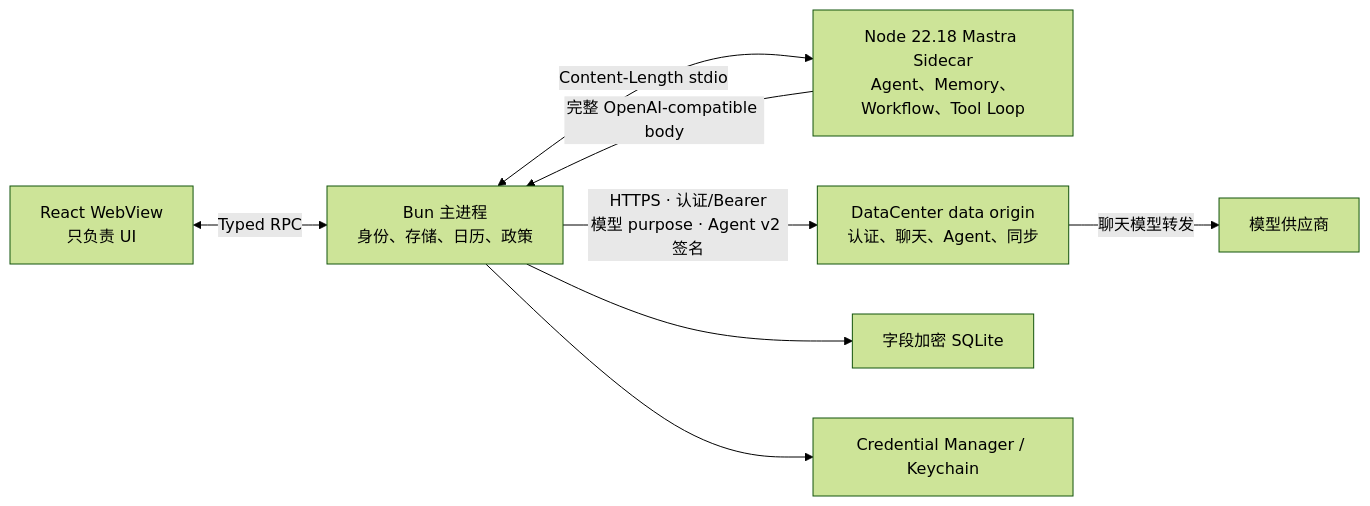
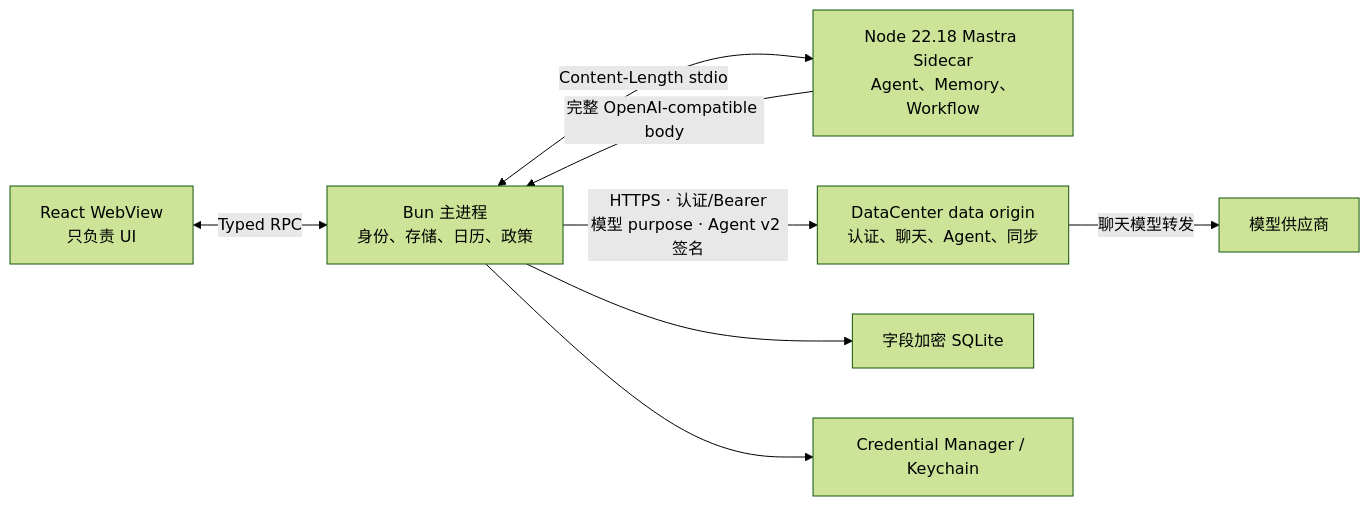
The first of 2 diagrams in docs/CONVERSATION_AGENT_INTEGRATION.md (Sea-Go/Sea-WhaleHall), drawn with Mermaid (forest theme) before and after one commit. The commit also changed other lines of this file and 13 other files, not shown here.

````diff
--- a/docs/CONVERSATION_AGENT_INTEGRATION.md
+++ b/docs/CONVERSATION_AGENT_INTEGRATION.md
@@ -5,10 +5,10 @@
 ```mermaid
 flowchart LR
   React["React WebView\n只负责 UI"] <-->|"Typed RPC"| Bun["Bun 主进程\n身份、存储、日历、政策"]
-  Bun <-->|"Content-Length stdio"| Sidecar["Node 22.18 Mastra Sidecar\nAgent、Memory、Workflow、Tool Loop"]
+  Bun <-->|"Content-Length stdio"| Sidecar["Node 22.18 Mastra Sidecar\nAgent、Memory、Workflow"]
   Sidecar -->|"完整 OpenAI-compatible body"| Bun
   Bun -->|"HTTPS · 认证/Bearer\n模型 purpose · Agent v2 签名"| DataCenter["DataCenter data origin\n认证、聊天、Agent、同步"]
   DataCenter -->|"聊天模型转发"| Provider["模型供应商"]
   Bun --> SQLite["字段加密 SQLite"]
   Bun --> Vault["Credential Manager / Keychain"]
 ```
````
